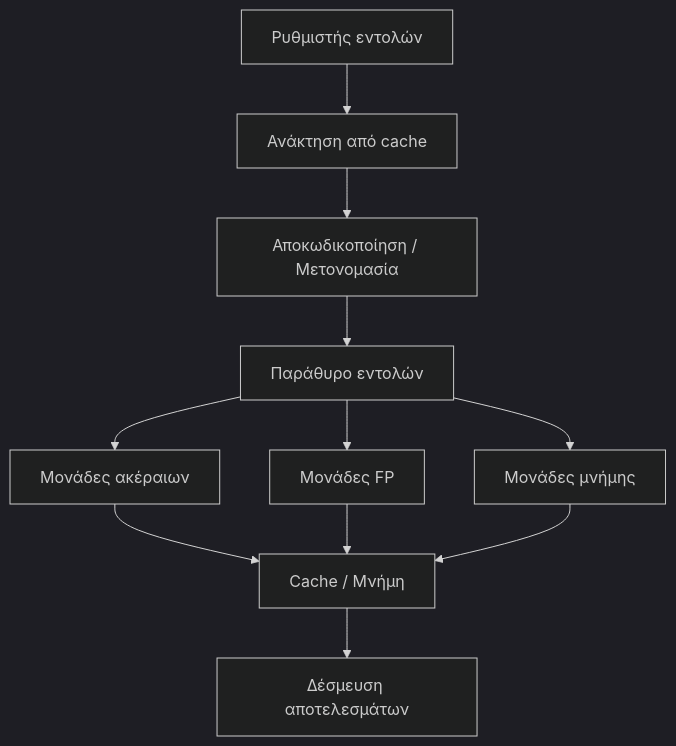
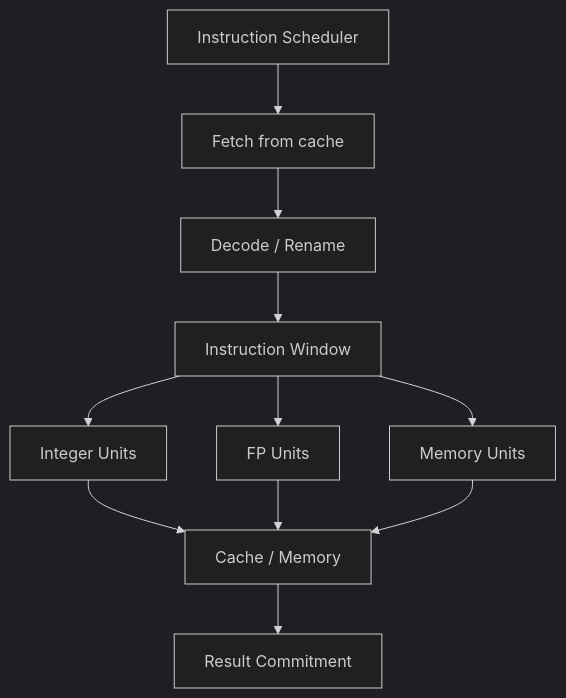
Before and after one commit to PanagopoulosNikolaos/DitOpenNotes: the first of 11 diagrams in Year_2/Semester_3/COMPUTER_ARCHITECTURE/Resources/Notes/Superscalar-Processors-Notes-9.md, drawn with Mermaid (dark theme). The commit also changed other lines of this file and 50 other files, not shown here.

````diff
--- a/Year_2/Semester_3/COMPUTER_ARCHITECTURE/Resources/Notes/Superscalar-Processors-Notes-9.md
+++ b/Year_2/Semester_3/COMPUTER_ARCHITECTURE/Resources/Notes/Superscalar-Processors-Notes-9.md
@@ -48,13 +48,13 @@
 ```mermaid
 flowchart TB
-  A[Ρυθμιστής εντολών] --> B[Ανάκτηση από cache]
-  B --> C[Αποκωδικοποίηση / Μετονομασία]
-  C --> D[Παράθυρο εντολών]
-  D --> E1[Μονάδες ακέραιων]
-  D --> E2[Μονάδες FP]
-  D --> E3[Μονάδες μνήμης]
-  E1 --> F[Cache / Μνήμη]
+  A[Instruction Scheduler] --> B[Fetch from cache]
+  B --> C[Decode / Rename]
+  C --> D[Instruction Window]
+  D --> E1[Integer Units]
+  D --> E2[FP Units]
+  D --> E3[Memory Units]
+  E1 --> F[Cache / Memory]
   E2 --> F
   E3 --> F
-  F --> G[Δέσμευση αποτελεσμάτων]
+  F --> G[Result Commitment]
 ```
````
